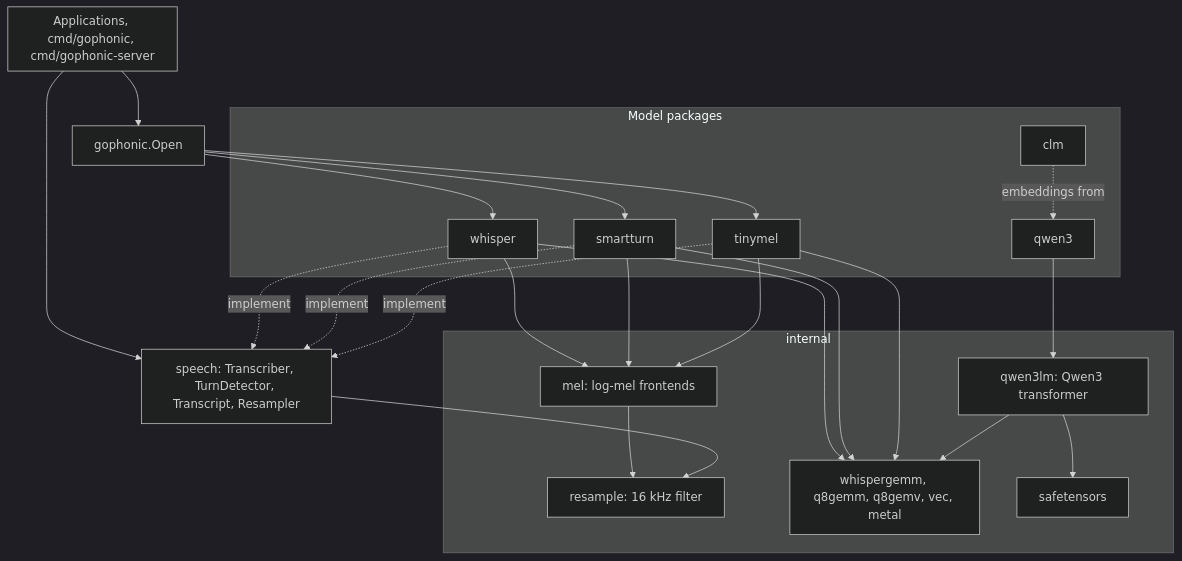
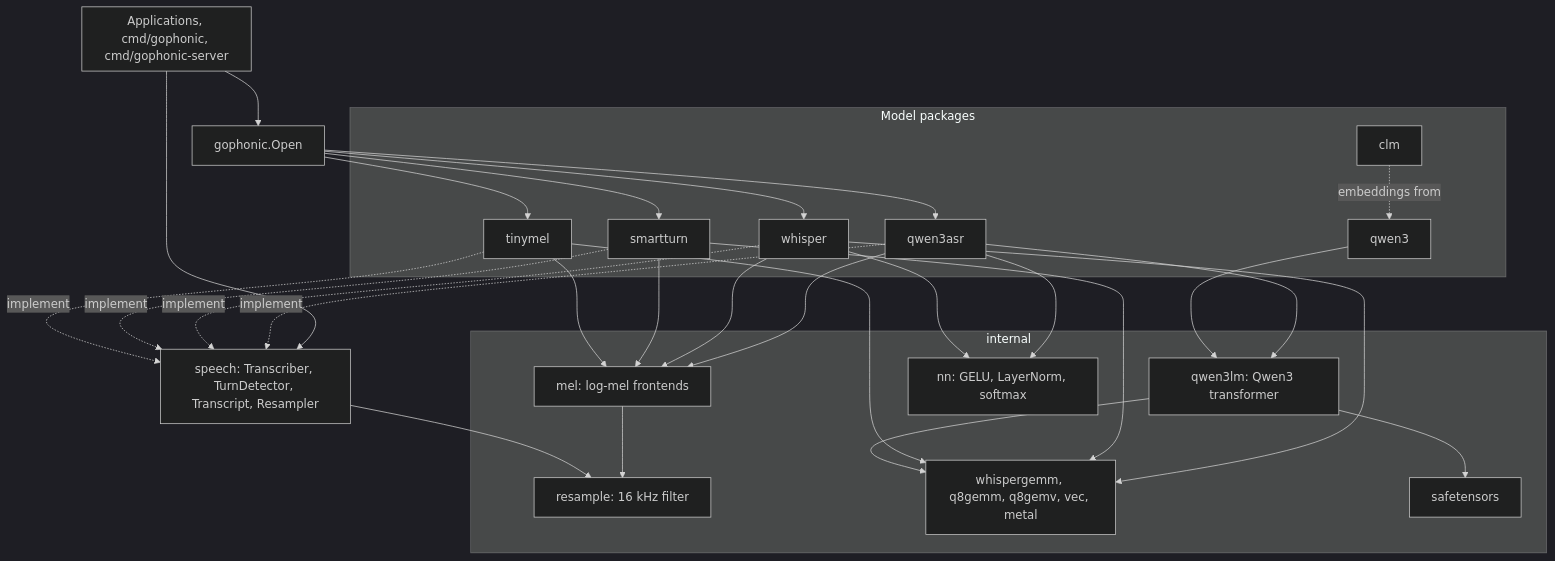
One commit to GetStream/gophonic changed the first of 4 diagrams in docs/architecture.md. Above: the diagram before and after it, drawn with Mermaid (dark theme). The commit also changed other lines of this file and 80 other files, not shown here.

````diff
--- a/docs/architecture.md
+++ b/docs/architecture.md
@@ -9,34 +9,40 @@
 ```mermaid
 flowchart TB
     subgraph app [Applications, cmd/gophonic, cmd/gophonic-server]
     end
     app --> open[gophonic.Open]
     app --> speech[speech: Transcriber, TurnDetector, Transcript, Resampler]
+    open --> qwen3asr
     open --> whisper
     open --> smartturn
     open --> tinymel
-    whisper & smartturn & tinymel -.implement.-> speech
+    qwen3asr & whisper & smartturn & tinymel -.implement.-> speech
+    qwen3asr --> qwen3lm
     qwen3 --> qwen3lm
     clm -.embeddings from.-> qwen3
     subgraph models [Model packages]
+        qwen3asr
         whisper
         smartturn
         tinymel
         qwen3
         clm
     end
     subgraph internal [internal]
         mel[mel: log-mel frontends]
         resample[resample: 16 kHz filter]
+        nn[nn: GELU, LayerNorm, softmax]
         qwen3lm[qwen3lm: Qwen3 transformer]
         kernels[whispergemm, q8gemm, q8gemv, vec, metal]
         safetensors
     end
+    qwen3asr --> mel
+    qwen3asr & whisper --> nn
     whisper --> mel
     smartturn --> mel
     tinymel --> mel
     mel --> resample
     speech --> resample
     qwen3lm --> safetensors
     whisper & smartturn & tinymel & qwen3lm --> kernels
 ```
````
